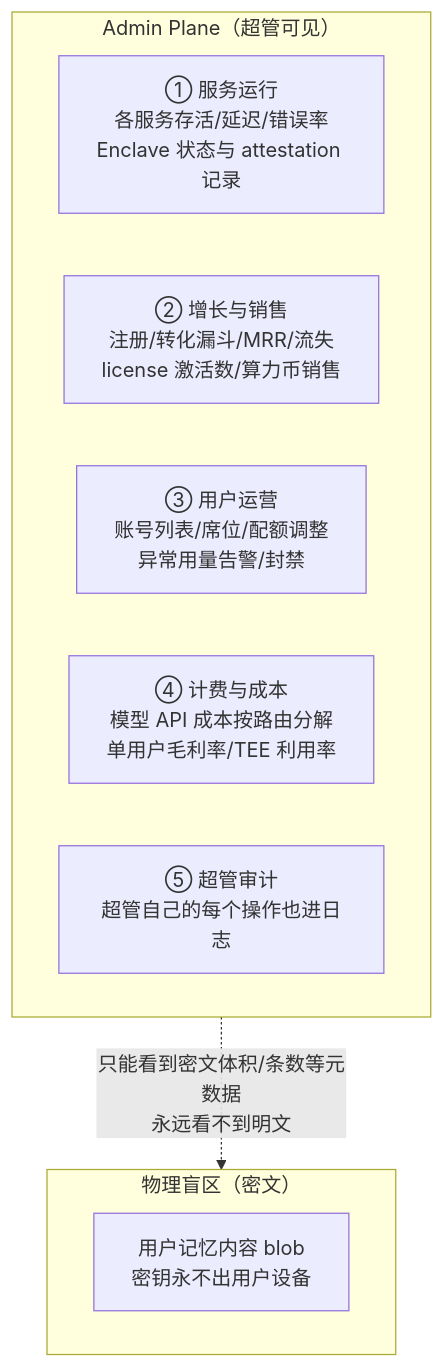
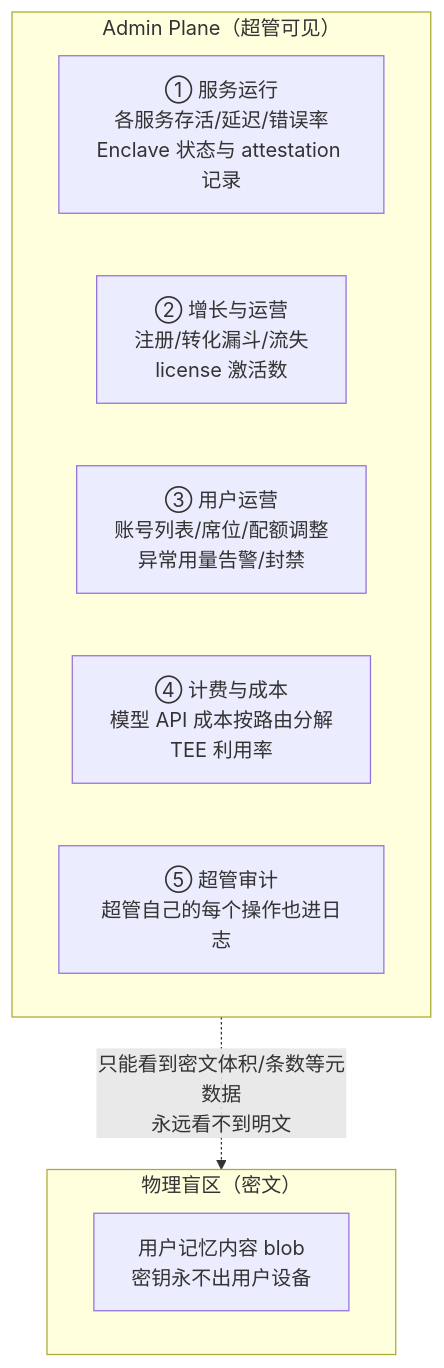
Before and after one commit to MnemoSeed/mnemoseed: the second of 2 diagrams in docs/zh/design/07-管理控制台.md, drawn with Mermaid. The commit also changed 7 other files, not shown here.

````diff
--- a/docs/zh/design/07-管理控制台.md
+++ b/docs/zh/design/07-管理控制台.md
@@ -136,14 +136,14 @@
 ```mermaid
 flowchart TB
     subgraph Admin["Admin Plane（超管可见）"]
         H["① 服务运行<br/>各服务存活/延迟/错误率<br/>Enclave 状态与 attestation 记录"]
-        G["② 增长与销售<br/>注册/转化漏斗/MRR/流失<br/>license 激活数/算力币销售"]
+        G["② 增长与运营<br/>注册/转化漏斗/流失<br/>license 激活数"]
         U["③ 用户运营<br/>账号列表/席位/配额调整<br/>异常用量告警/封禁"]
-        B["④ 计费与成本<br/>模型 API 成本按路由分解<br/>单用户毛利率/TEE 利用率"]
+        B["④ 计费与成本<br/>模型 API 成本按路由分解<br/>TEE 利用率"]
         AL["⑤ 超管审计<br/>超管自己的每个操作也进日志"]
     end
     subgraph Blind["物理盲区（密文）"]
         M["用户记忆内容 blob<br/>密钥永不出用户设备"]
     end
     Admin -.->|"只能看到密文体积/条数等元数据<br/>永远看不到明文"| Blind
 ```
````
